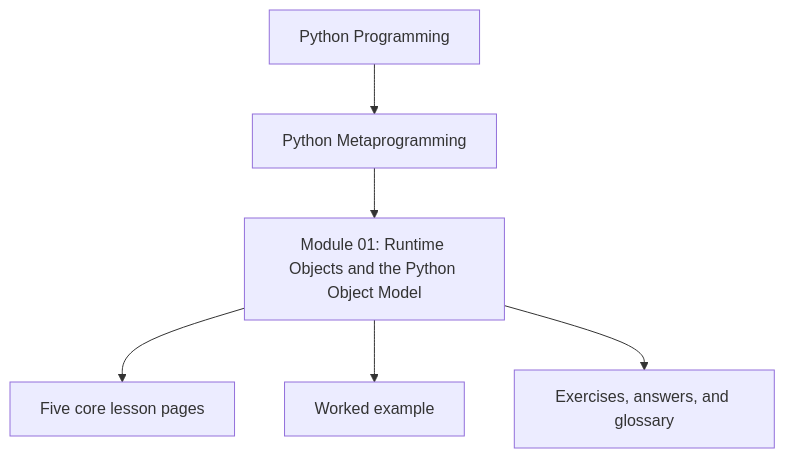
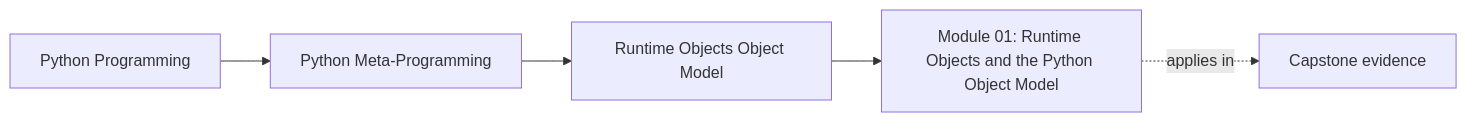
Before and after one commit to bijux/bijux-masterclass: the first of 2 diagrams in programs/python-programming/python-meta-programming/course-book/module-01-runtime-objects-object-model/index.md, drawn with Mermaid. The commit also changed other lines of this file and 55 other files, not shown here.

Commit message:
docs(python-meta-programming): map runtime foundations and inspection routes

````diff
--- a/programs/python-programming/python-meta-programming/course-book/module-01-runtime-objects-object-model/index.md
+++ b/programs/python-programming/python-meta-programming/course-book/module-01-runtime-objects-object-model/index.md
@@ -6,8 +6,11 @@
 ```mermaid
-flowchart TD
-  family["Python Programming"] --> program["Python Metaprogramming"]
-  program --> module["Module 01: Runtime Objects and the Python Object Model"]
-  module --> cores["Five core lesson pages"]
-  module --> example["Worked example"]
-  module --> practice["Exercises, answers, and glossary"]
+graph LR
+  family["Python Programming"]
+  program["Python Meta-Programming"]
+  section["Runtime Objects Object Model"]
+  page["Module 01: Runtime Objects and the Python Object Model"]
+  capstone["Capstone evidence"]
+
+  family --> program --> section --> page
+  page -.applies in.-> capstone
 ```
````
